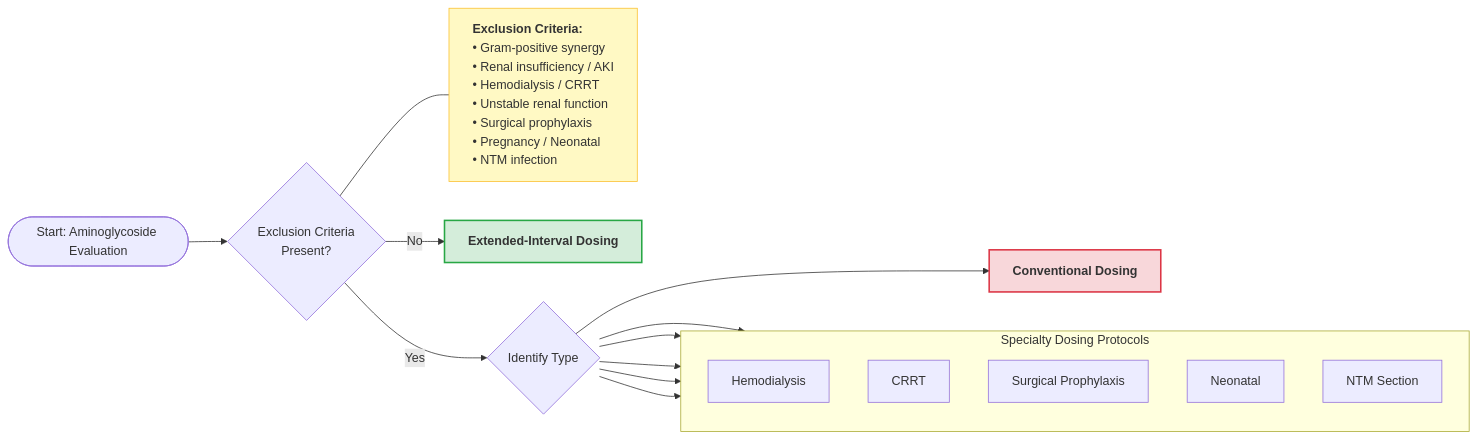
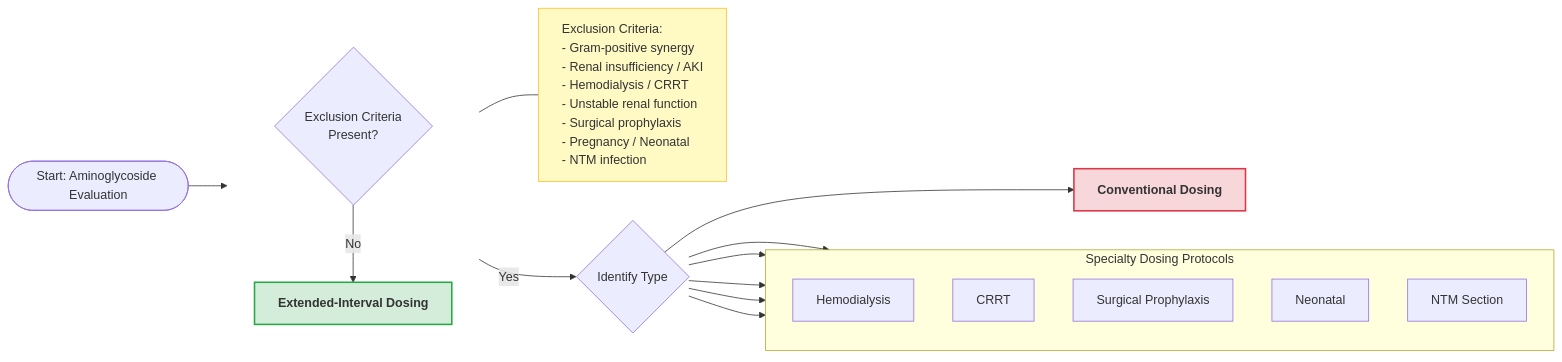
One commit to shemtsai/Aminoglycoside-Calculator changed the diagram in dosing-strategy.md. Above: the diagram before and after it, drawn with Mermaid.

Commit message:
Refactor mermaid diagram for dosing strategy

````diff
--- a/dosing-strategy.md
+++ b/dosing-strategy.md
@@ -38,34 +38,40 @@
 ```mermaid
 flowchart LR
     Start([Start: Aminoglycoside Evaluation]) --> Criteria{Exclusion Criteria<br/>Present?}
     
-    %% Exclusion List Callout
-    Criteria --- List[<b>Exclusion Criteria:</b><br/>• Gram-positive synergy<br/>• Renal insufficiency / AKI<br/>• Hemodialysis / CRRT<br/>• Unstable renal function<br/>• Surgical prophylaxis<br/>• Pregnancy / Neonatal<br/>• NTM infection]
+    %% The Criteria List (Pinned to the side)
+    Criteria --- List[Exclusion Criteria:<br/>- Gram-positive synergy<br/>- Renal insufficiency / AKI<br/>- Hemodialysis / CRRT<br/>- Unstable renal function<br/>- Surgical prophylaxis<br/>- Pregnancy / Neonatal<br/>- NTM infection]
     style List fill:#fff9c4,stroke:#fbc02d,text-align:left
 
-    %% Main Path
-    Criteria -- No --> EI[<b>Extended-Interval Dosing</b>]
+    %% THE VERTICAL DROP: We use a subgraph to force "No" below "Criteria"
+    subgraph Main_Success_Path [ ]
+        direction TB
+        Criteria
+        EI[<b>Extended-Interval Dosing</b>]
+    end
+    Criteria -- No --> EI
     style EI fill:#d4edda,stroke:#28a745,stroke-width:2px
+    style Main_Success_Path fill:none,stroke:none
 
-    %% Exclusion Branching
+    %% THE HORIZONTAL BRANCH
     Criteria -- Yes --> ExclusionType{Identify Type}
 
     ExclusionType --> F[<b>Conventional Dosing</b>]
     style F fill:#f8d7da,stroke:#dc3545,stroke-width:2px
 
     %% Right-side Protocols
     subgraph Specialty_Protocols [Specialty Dosing Protocols]
         direction TB
         G[Hemodialysis]
         H[CRRT]
         I[Surgical Prophylaxis]
         J[Neonatal]
         K[NTM Section]
     end
 
     ExclusionType --> G
     ExclusionType --> H
     ExclusionType --> I
     ExclusionType --> J
     ExclusionType --> K
 ```
````
